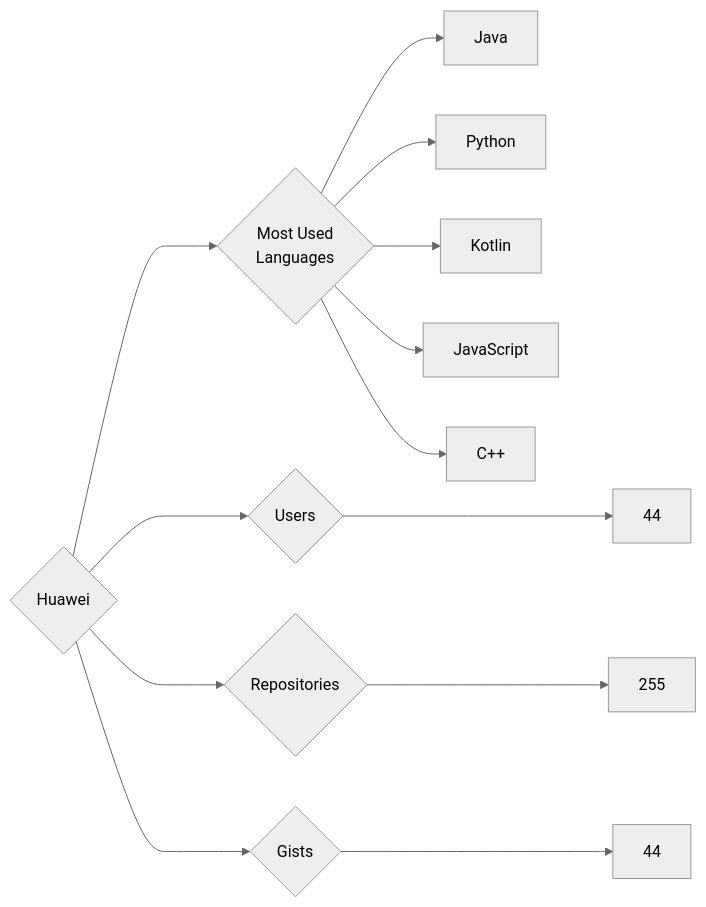
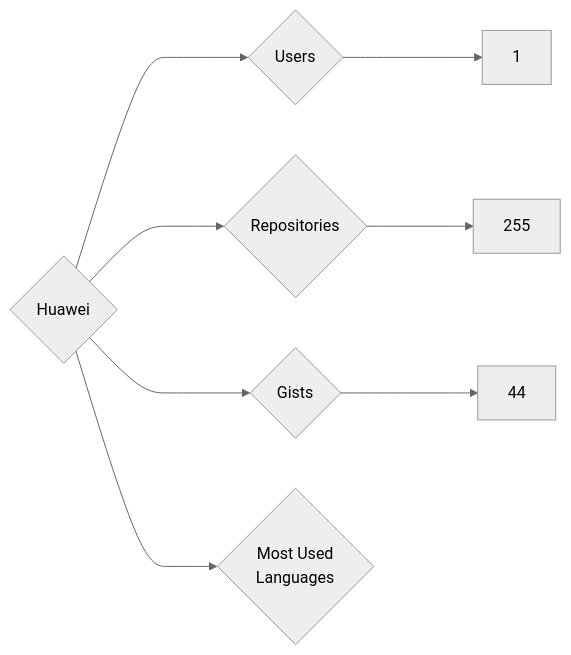
One commit to trickest/insiders changed the diagram in targets/Huawei/README.md. Above: the diagram before and after it, drawn with Mermaid (neutral theme). The commit also changed 984 other files, not shown here.

````diff
--- a/targets/Huawei/README.md
+++ b/targets/Huawei/README.md
@@ -3,13 +3,8 @@
 ```mermaid
 graph LR
 COMPANY_NAME{Huawei}
-COMPANY_NAME ---> U{Users} ---> UN[44]
+COMPANY_NAME ---> U{Users} ---> UN[1]
 COMPANY_NAME ---> R{Repositories} ---> RN[255]
 COMPANY_NAME ---> G{Gists} ---> GN[44]
 COMPANY_NAME ---> ML{Most Used<br>Languages}
-ML --> Java[Java]
-ML --> Python[Python]
-ML --> Kotlin[Kotlin]
-ML --> JavaScript[JavaScript]
-ML --> C++[C++]
 ```
````
